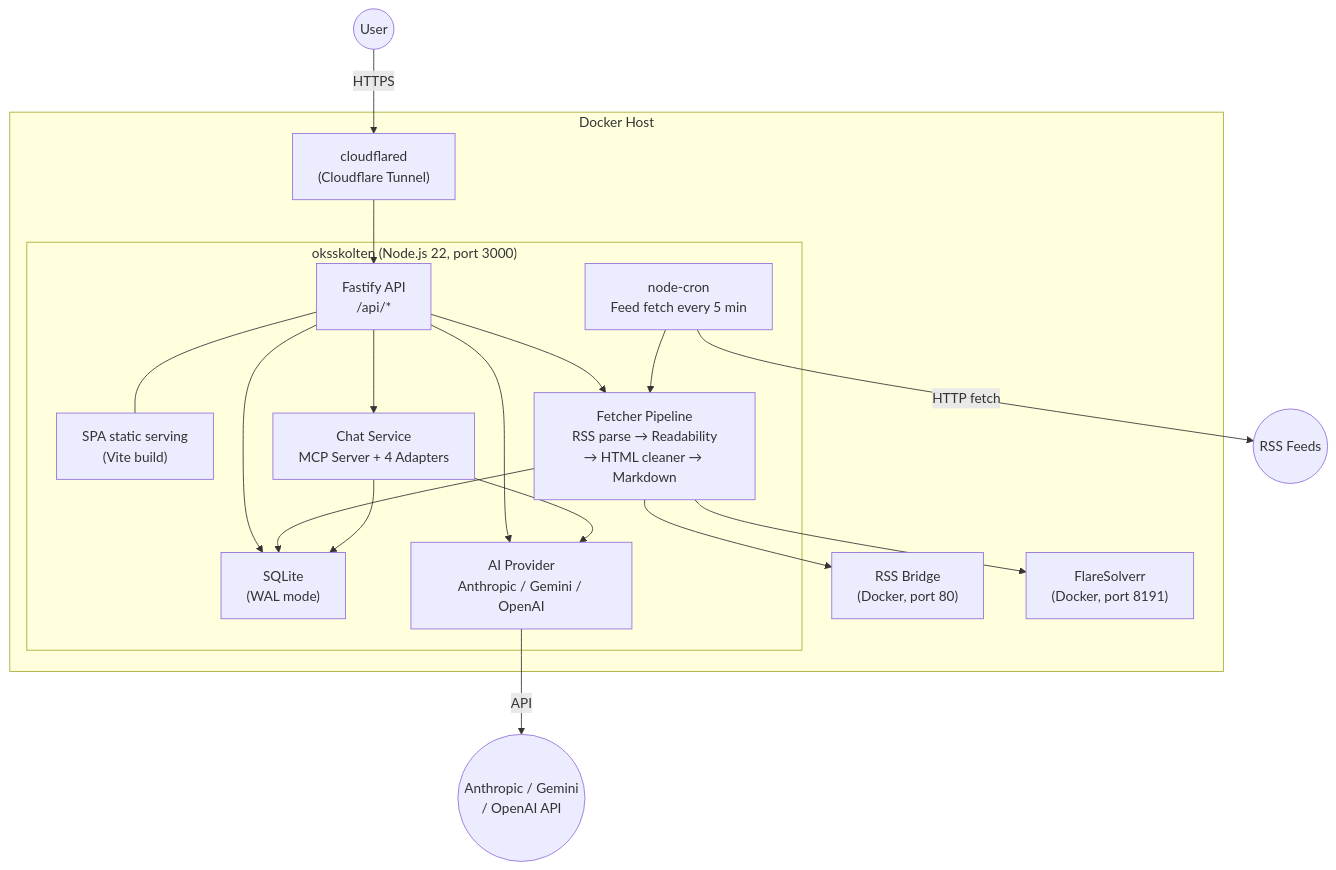
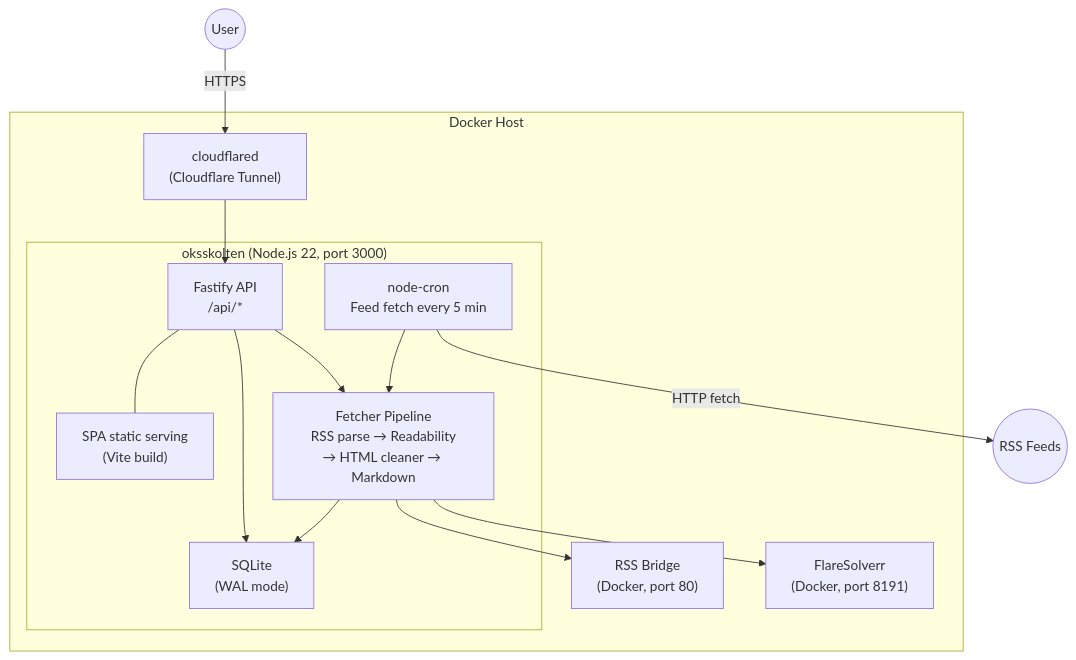
The diagram in README.md (leeclissett/oksskolten), drawn with Mermaid before and after one commit. The commit also changed other lines of this file and 158 other files, not shown here.

````diff
--- a/README.md
+++ b/README.md
@@ -83,35 +80,28 @@
 ```mermaid
 graph TD
     subgraph host["Docker Host"]
         subgraph app["oksskolten (Node.js 22, port 3000)"]
             fastify["Fastify API<br/>/api/*"]
             spa["SPA static serving<br/>(Vite build)"]
             sqlite["SQLite<br/>(WAL mode)"]
             cron["node-cron<br/>Feed fetch every 5 min"]
             fetcher["Fetcher Pipeline<br/>RSS parse → Readability<br/>→ HTML cleaner → Markdown"]
-            ai["AI Provider<br/>Anthropic / Gemini / OpenAI"]
-            chat["Chat Service<br/>MCP Server + 4 Adapters"]
 
             fastify --> sqlite
             fastify --- spa
             fastify --> fetcher
-            fastify --> ai
-            fastify --> chat
             cron --> fetcher
             fetcher --> sqlite
-            chat --> sqlite
-            chat --> ai
         end
 
         bridge["RSS Bridge<br/>(Docker, port 80)"]
         flare["FlareSolverr<br/>(Docker, port 8191)"]
         tunnel["cloudflared<br/>(Cloudflare Tunnel)"]
     end
 
     user(("User")) -- "HTTPS" --> tunnel
     tunnel --> fastify
     cron -- "HTTP fetch" --> rss(("RSS Feeds"))
     fetcher --> bridge
     fetcher --> flare
-    ai -- "API" --> llm_api(("Anthropic / Gemini<br/>/ OpenAI API"))
 ```
````
